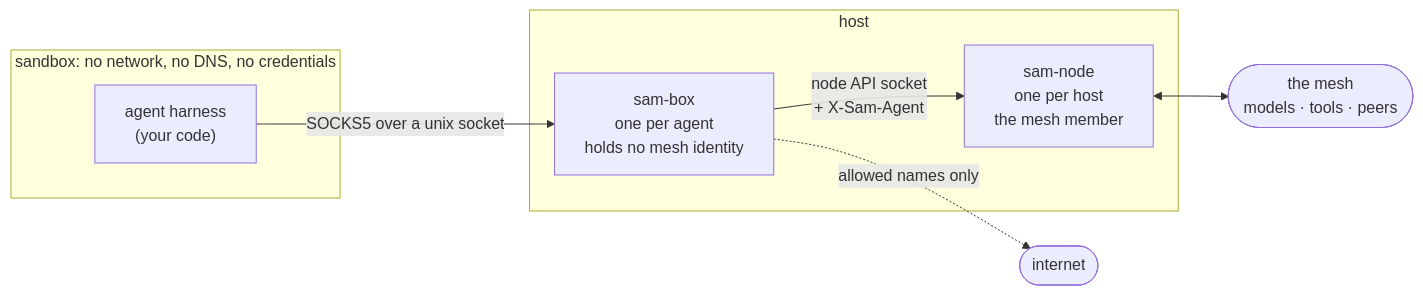
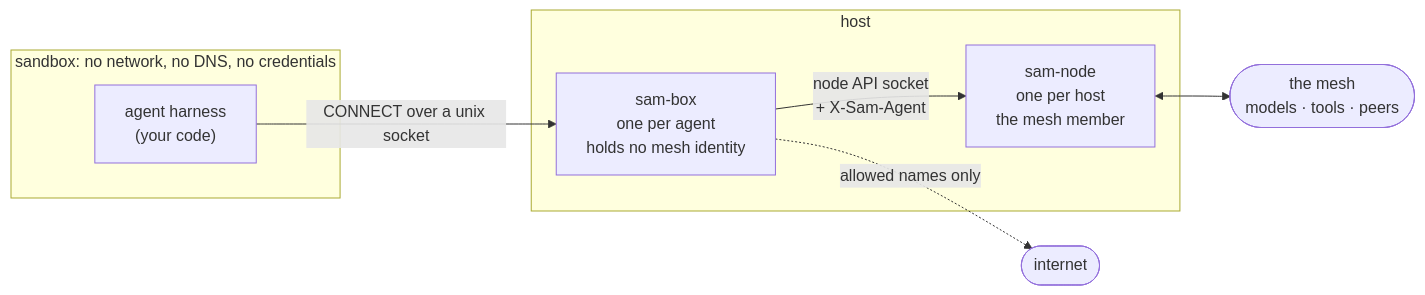
Before and after one commit to HosniBelfeki/sam: the first of 2 diagrams in site/content/docs/user/running-agents.md, drawn with Mermaid. The commit also changed other lines of this file and 44 other files, not shown here.

````diff
--- a/site/content/docs/user/running-agents.md
+++ b/site/content/docs/user/running-agents.md
@@ -136,18 +137,18 @@
 ```mermaid
 flowchart LR
   subgraph sandbox["sandbox: no network, no DNS, no credentials"]
     H["agent harness<br/>(your code)"]
   end
 
   subgraph host["host"]
     B["sam-box<br/>one per agent<br/>holds no mesh identity"]
     N["sam-node<br/>one per host<br/>the mesh member"]
   end
 
   M(["the mesh<br/>models · tools · peers"])
 
-  H -- "SOCKS5 over a unix socket" --> B
+  H -- "CONNECT over a unix socket" --> B
   B -- "node API socket<br/>+ X-Sam-Agent" --> N
   N <--> M
   B -. "allowed names only" .-> E([internet])
 ```
````
